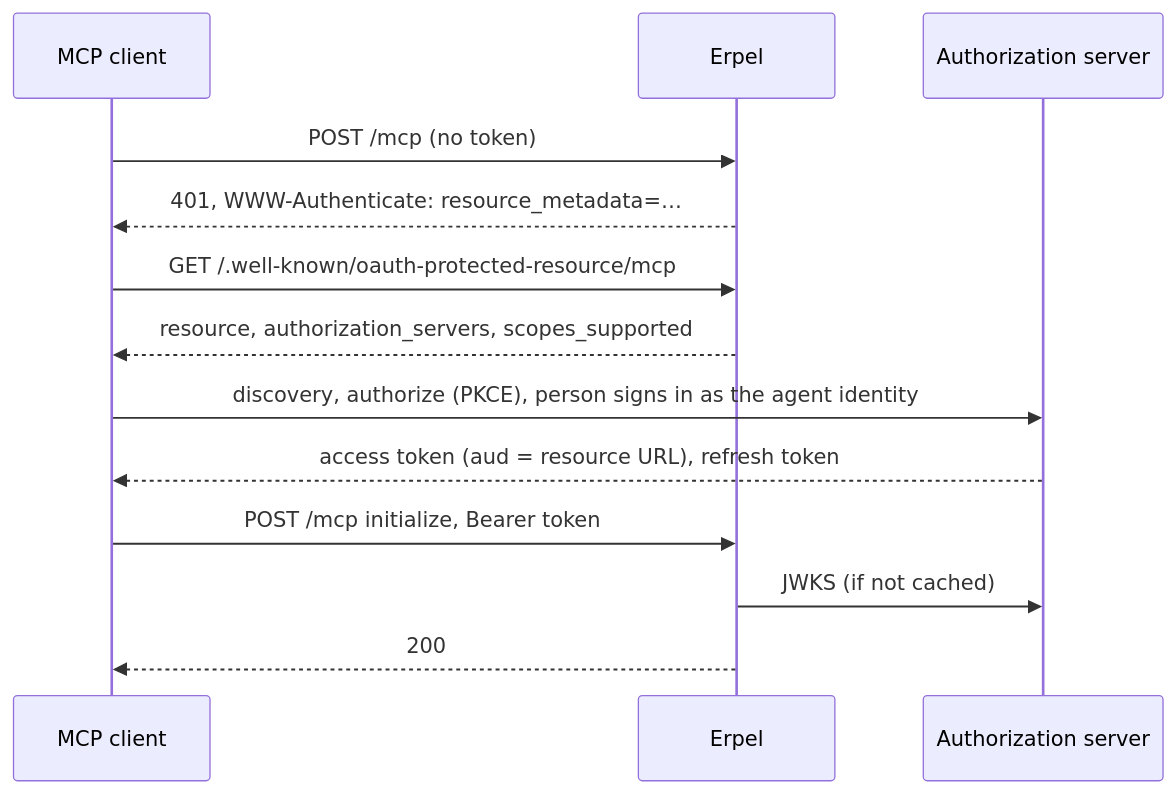
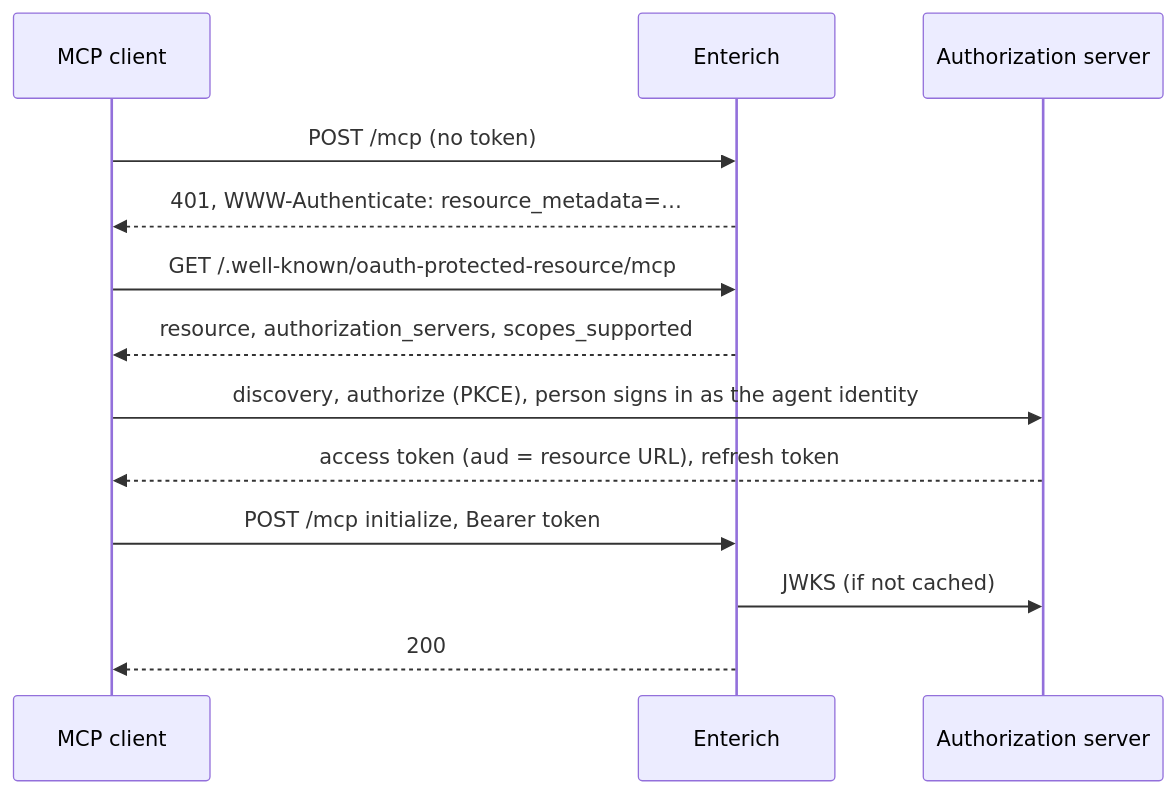
Before and after one commit to Interlusion/enterich: the third of 5 diagrams in docs/arc42/README.md, drawn with Mermaid. The commit also changed other lines of this file and 80 other files, not shown here.

````diff
--- a/docs/arc42/README.md
+++ b/docs/arc42/README.md
@@ -126,15 +126,15 @@
 ```mermaid
 sequenceDiagram
     participant C as MCP client
-    participant E as Erpel
+    participant E as Enterich
     participant A as Authorization server
     C->>E: POST /mcp (no token)
     E-->>C: 401, WWW-Authenticate: resource_metadata=…
     C->>E: GET /.well-known/oauth-protected-resource/mcp
     E-->>C: resource, authorization_servers, scopes_supported
     C->>A: discovery, authorize (PKCE), person signs in as the agent identity
     A-->>C: access token (aud = resource URL), refresh token
     C->>E: POST /mcp initialize, Bearer token
     E->>A: JWKS (if not cached)
     E-->>C: 200
 ```
````
